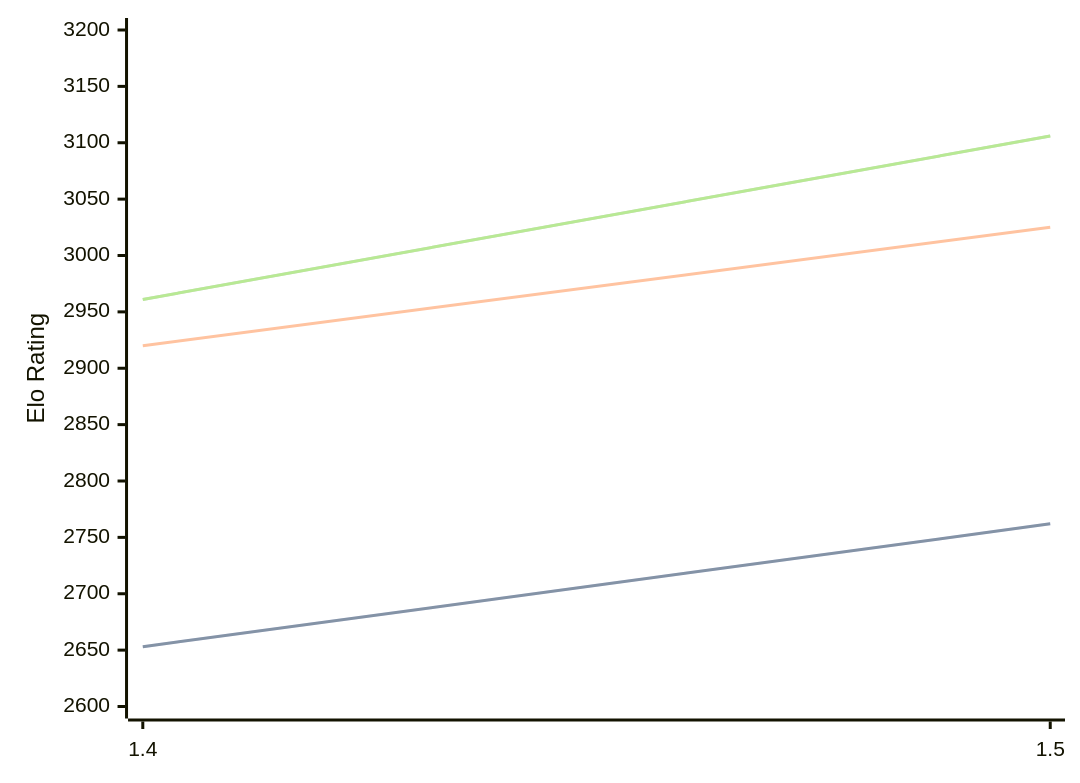
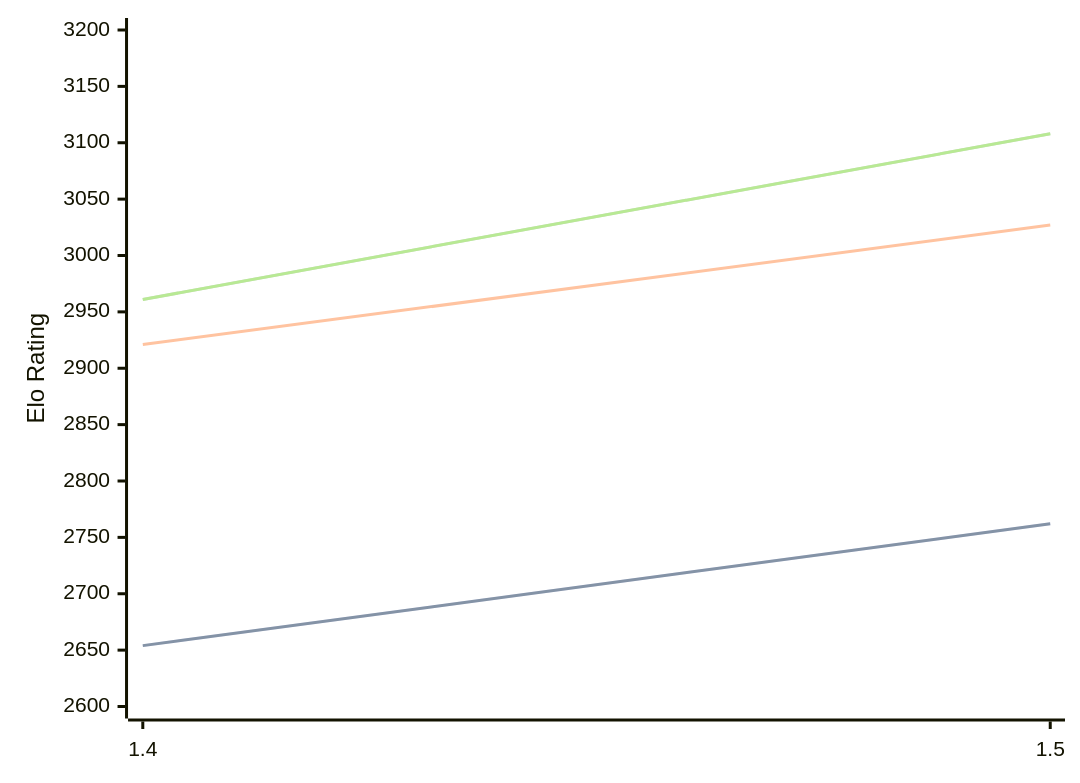
Before and after one commit to computer-chess-index/cci: the diagram in engines/Yakka.md, drawn with Mermaid. The commit also changed other lines of this file, not shown here.

Commit message:
Update CCI Ratings (ELO VLTC) - 2026-09-13

````diff
--- a/engines/Yakka.md
+++ b/engines/Yakka.md
@@ -32,11 +32,11 @@
 ```mermaid
 %%{init: {"theme":"base","themeVariables":{"seriesColors:['#a3a3a3','#222221','#faa371']}}}%%
 xychart-beta
   x-axis ["1.4", "1.5"]
   y-axis "Elo Rating" 2600 --> 3200
-  line "" [2653, 2762]
-  line "STC (8.0+0.08s)" [2653, 2762]
-  line "LTC (60.0+0.60s)" [2920, 3025]
-  line "" [2961, 3106]
-  line "VLTC (2m24s+1.12s)" [2961, 3106]
+  line "" [2654, 2762]
+  line "STC (8.0+0.08s)" [2654, 2762]
+  line "LTC (60.0+0.60s)" [2921, 3027]
+  line "" [2961, 3108]
+  line "VLTC (2m24s+1.12s)" [2961, 3108]
 ```
````
